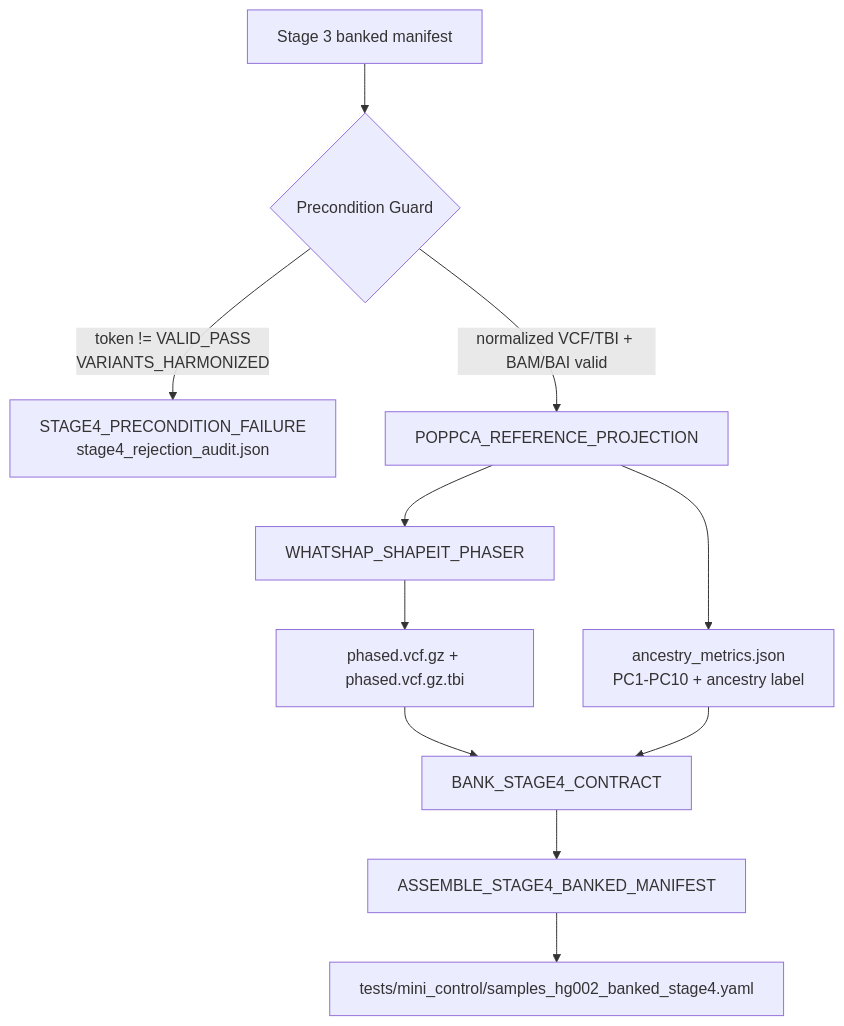
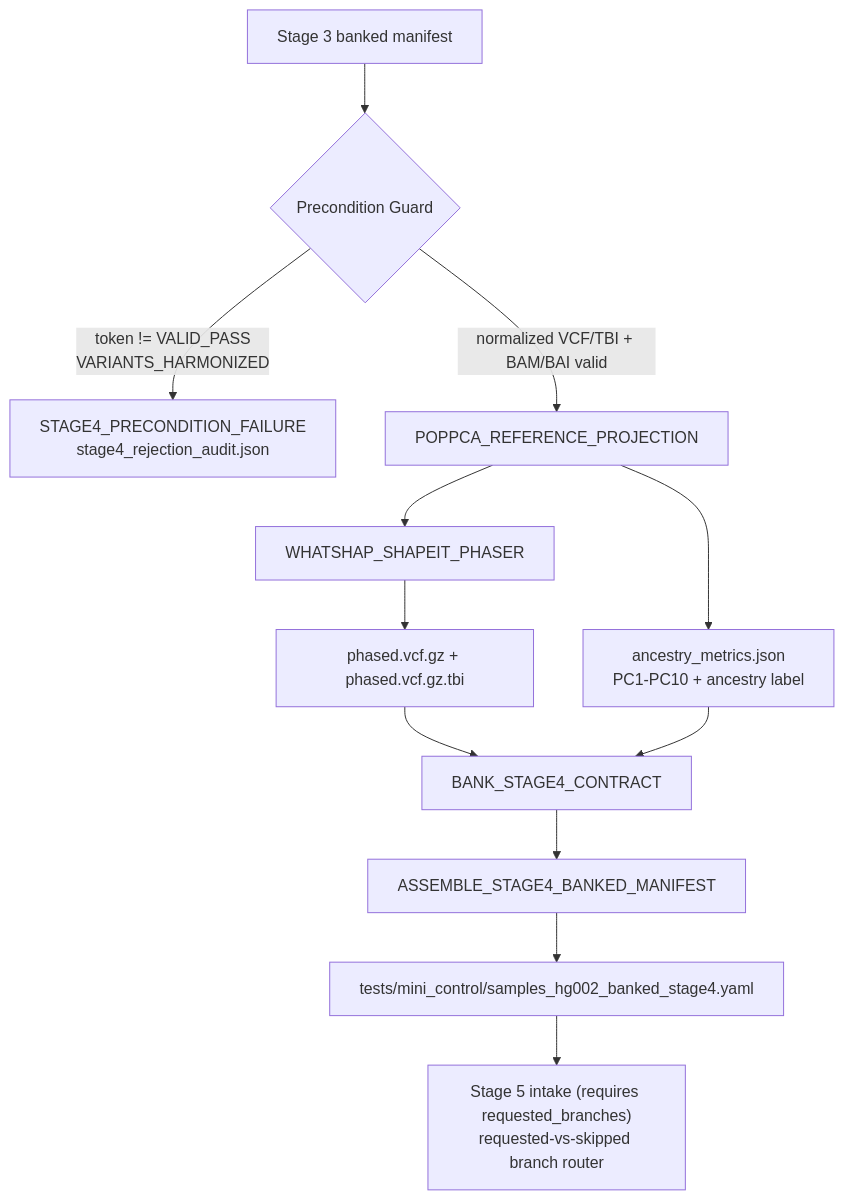
The diagram in Stage_4_Ancestry_Phasing_Highway/README.md (jmorganknight/nf_Gen_Var_Pipe), drawn with Mermaid before and after one commit. The commit also changed other lines of this file and 4 other files, not shown here.

````diff
--- a/Stage_4_Ancestry_Phasing_Highway/README.md
+++ b/Stage_4_Ancestry_Phasing_Highway/README.md
@@ -17,13 +23,14 @@
 ```mermaid
 flowchart TD
     A["Stage 3 banked manifest"] --> B{"Precondition Guard"}
     B -->|token != VALID_PASS\nVARIANTS_HARMONIZED| R["STAGE4_PRECONDITION_FAILURE\nstage4_rejection_audit.json"]
     B -->|normalized VCF/TBI + BAM/BAI valid| C["POPPCA_REFERENCE_PROJECTION"]
     C --> D["ancestry_metrics.json\nPC1-PC10 + ancestry label"]
     C --> E["WHATSHAP_SHAPEIT_PHASER"]
     E --> F["phased.vcf.gz + phased.vcf.gz.tbi"]
     F --> G["BANK_STAGE4_CONTRACT"]
     D --> G
     G --> H["ASSEMBLE_STAGE4_BANKED_MANIFEST"]
     H --> I["tests/mini_control/samples_hg002_banked_stage4.yaml"]
+    I --> J["Stage 5 intake (requires requested_branches)\nrequested-vs-skipped branch router"]
 ```
````
